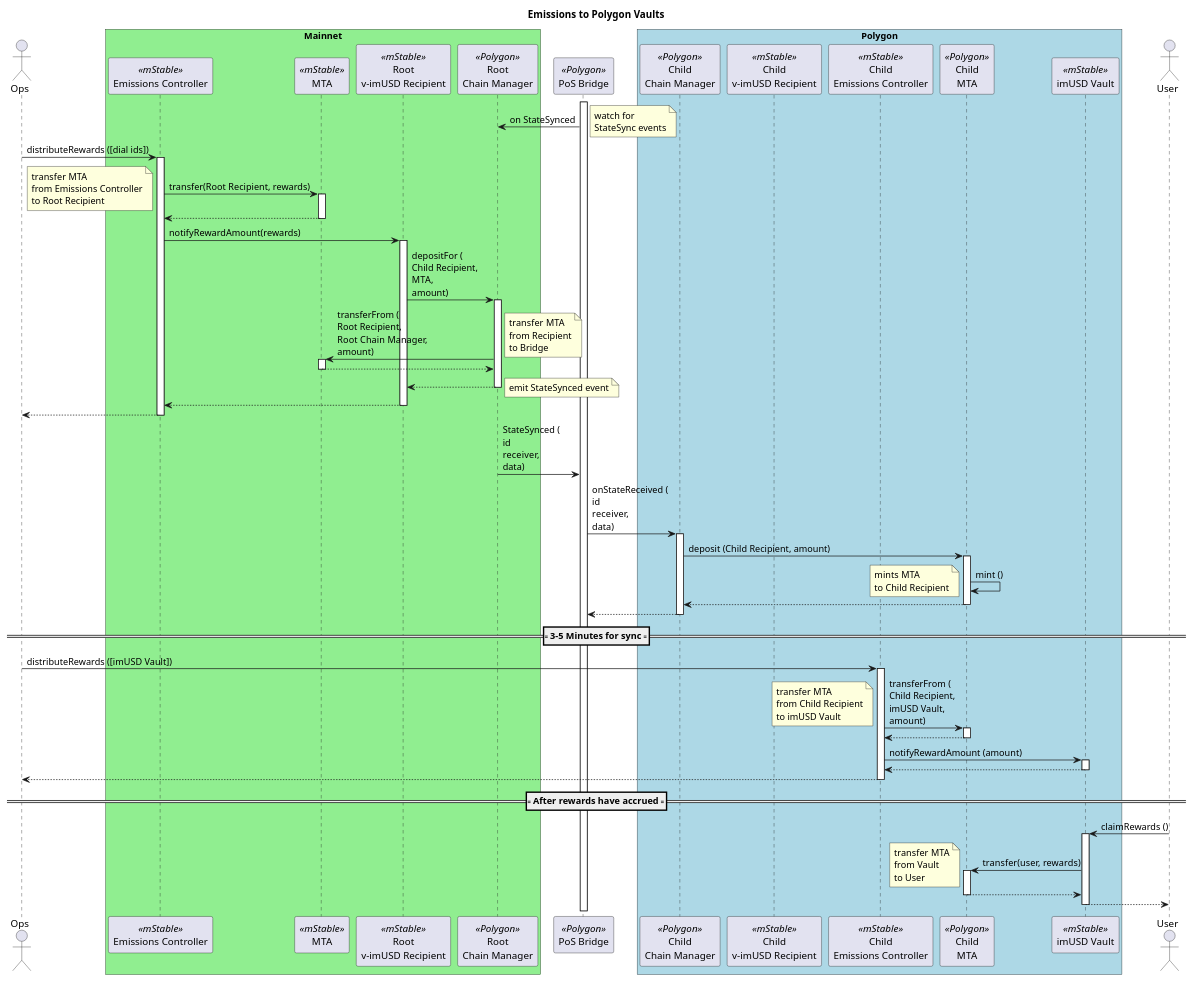
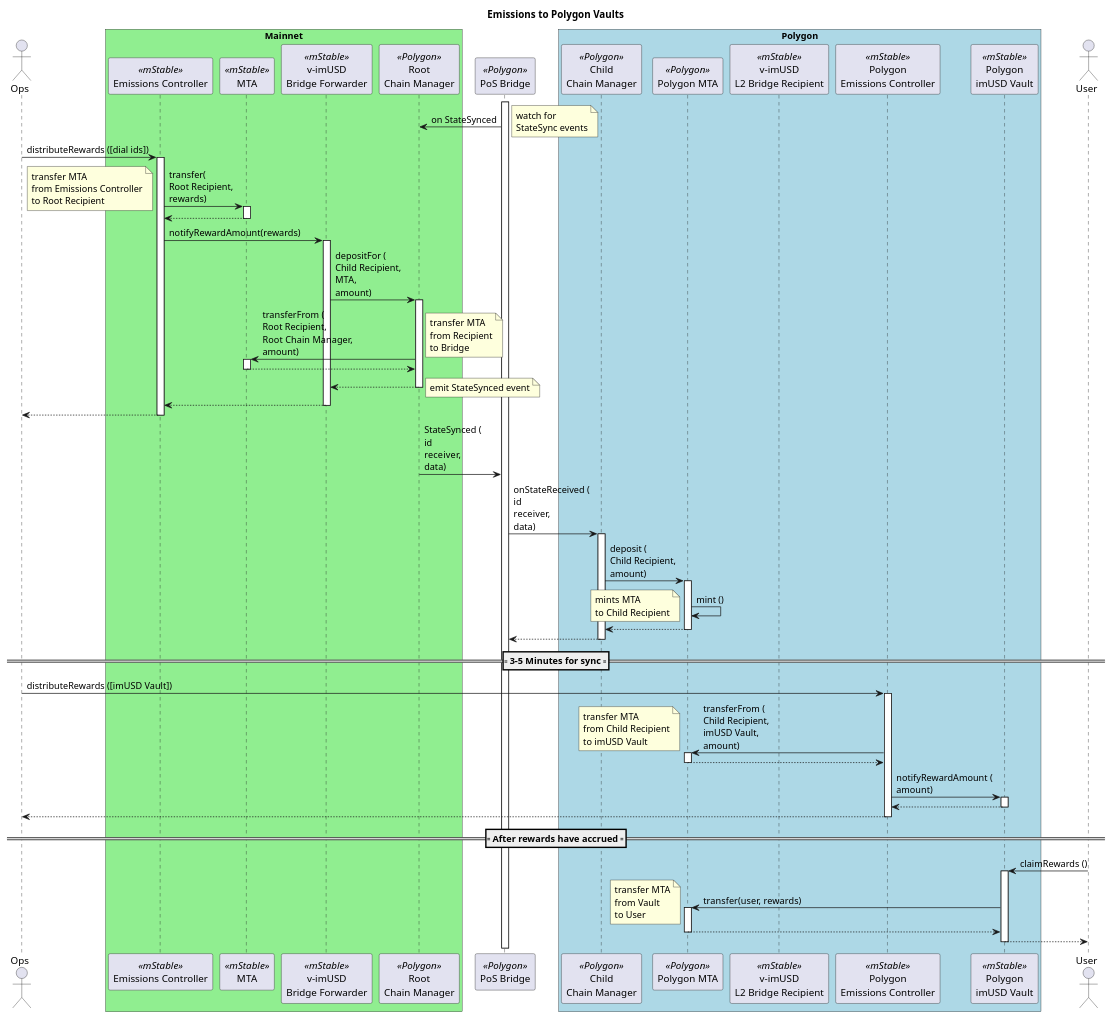
Before and after one commit to mstable/mStable-process-docs: the diagram in emissions/polygonBridge_vimUSD.puml, drawn with PlantUML. The commit also changed 8 other files, not shown here.

Commit message:
feat: latest Emission Controller diagrams

```diff
--- a/emissions/polygonBridge_vimUSD.puml
+++ b/emissions/polygonBridge_vimUSD.puml
@@ -1,82 +1,82 @@
 @startuml
 
 title "Emissions to Polygon Vaults"
 
 actor Ops as ops
 
 box "Mainnet" #LightGreen
 participant "Emissions Controller" as ec <<mStable>>
 participant "MTA" as mta <<mStable>>
-participant "Root\nv-imUSD Recipient" as rr <<mStable>>
+participant "v-imUSD\nBridge Forwarder" as rr <<mStable>>
 participant "Root\nChain Manager" as rcm <<Polygon>>
 end box
 
 participant "PoS Bridge" as b <<Polygon>>
 
 box "Polygon" #LightBlue
 participant "Child\nChain Manager" as ccm <<Polygon>>
-participant "Child\nv-imUSD Recipient" as cr <<mStable>>
-participant "Child\nEmissions Controller" as cem <<mStable>>
-participant "Child\nMTA" as cmta <<Polygon>>
-participant "imUSD Vault" as vault <<mStable>>
+participant "Polygon MTA" as pmta <<Polygon>>
+participant "v-imUSD\nL2 Bridge Recipient" as cr <<mStable>>
+participant "Polygon\nEmissions Controller" as cem <<mStable>>
+participant "Polygon\nimUSD Vault" as vault <<mStable>>
 end box
 
 actor User as user
 
 activate b
 b -> rcm : on StateSynced
 note right : watch for\nStateSync events
 
 ops -> ec : distributeRewards ([dial ids])
 activate ec
-ec -> mta: transfer(Root Recipient, rewards)
+ec -> mta: transfer(\nRoot Recipient,\nrewards)
 activate mta
 note left: transfer MTA\nfrom Emissions Controller\nto Root Recipient
 return
 ec -> rr: notifyRewardAmount(rewards)
 activate rr
 rr -> rcm : depositFor (\nChild Recipient,\nMTA,\namount)
 activate rcm
 rcm -> mta : transferFrom (\nRoot Recipient,\nRoot Chain Manager,\namount)
 note right : transfer MTA\nfrom Recipient\nto Bridge
 activate mta
 return
 return
 note right : emit StateSynced event
 return
 return
 
 rcm -> b : StateSynced (\nid\nreceiver,\ndata)
 b -> ccm : onStateReceived (\nid\nreceiver,\ndata)
 activate ccm
-ccm -> cmta : deposit (Child Recipient, amount)
-activate cmta
-cmta -> cmta : mint ()
+ccm -> pmta : deposit (\nChild Recipient,\namount)
+activate pmta
+pmta -> pmta : mint ()
 note left : mints MTA\nto Child Recipient
 return
 return
 
 ==== 3-5 Minutes for sync ====
 
 ops -> cem : distributeRewards ([imUSD Vault])
 activate cem
-cem -> cmta : transferFrom (\nChild Recipient,\nimUSD Vault,\namount)
-activate cmta
+cem -> pmta : transferFrom (\nChild Recipient,\nimUSD Vault,\namount)
+activate pmta
 note left: transfer MTA\nfrom Child Recipient\nto imUSD Vault
 return
-cem -> vault : notifyRewardAmount (amount)
+cem -> vault : notifyRewardAmount (\namount)
 activate vault
 return
 return
 
 ==== After rewards have accrued ====
 
 user -> vault: claimRewards ()
 activate vault
-vault -> cmta: transfer(user, rewards)
-activate cmta
+vault -> pmta: transfer(user, rewards)
+activate pmta
 note left: transfer MTA\nfrom Vault\nto User
 return
 return
 
 @enduml
```
